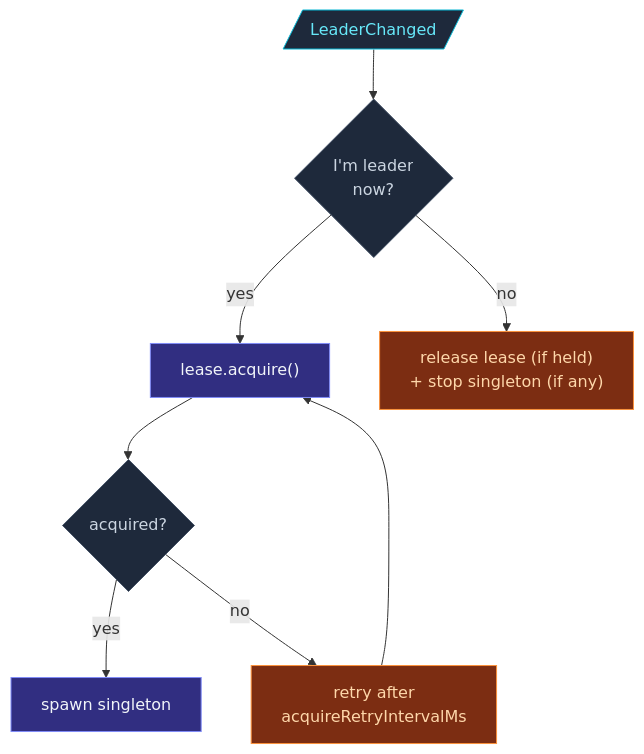
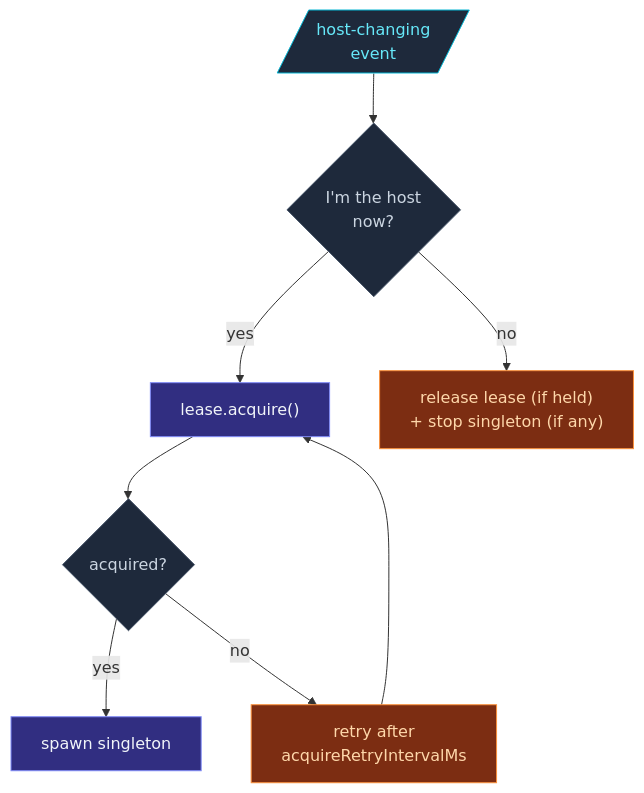
Before and after one commit to pathosDev/actor-ts: the second of 2 diagrams in docs/src/content/docs/cluster/singleton/manager.mdx, drawn with Mermaid. The commit also changed other lines of this file and 3 other files, not shown here.

````diff
--- a/docs/src/content/docs/cluster/singleton/manager.mdx
+++ b/docs/src/content/docs/cluster/singleton/manager.mdx
@@ -135,25 +163,25 @@
 ```mermaid
 flowchart TB
-  EVT[/"LeaderChanged"/]
-  ASK{"I'm leader<br/>now?"}
+  EVT[/"host-changing<br/>event"/]
+  ASK{"I'm the host<br/>now?"}
   ACQ["lease.acquire()"]
   GOT{"acquired?"}
   SPAWN["spawn singleton"]
   RETRY["retry after<br/>acquireRetryIntervalMs"]
   RELEASE["release lease (if held)<br/>+ stop singleton (if any)"]
   EVT --> ASK
   ASK -- "yes" --> ACQ
   ASK -- "no"  --> RELEASE
   ACQ --> GOT
   GOT -- "yes" --> SPAWN
   GOT -- "no"  --> RETRY
   RETRY --> ACQ
   classDef evt    fill:#1e293b,stroke:#06b6d4,color:#67e8f9;
   classDef ok     fill:#312e81,stroke:#818cf8,color:#f1f5f9;
   classDef warn   fill:#7c2d12,stroke:#fb923c,color:#fed7aa;
   classDef step   fill:#1e293b,stroke:#475569,color:#cbd5e1;
   class EVT evt
   class ACQ,SPAWN ok
   class RETRY,RELEASE warn
   class ASK,GOT step
 ```
````
